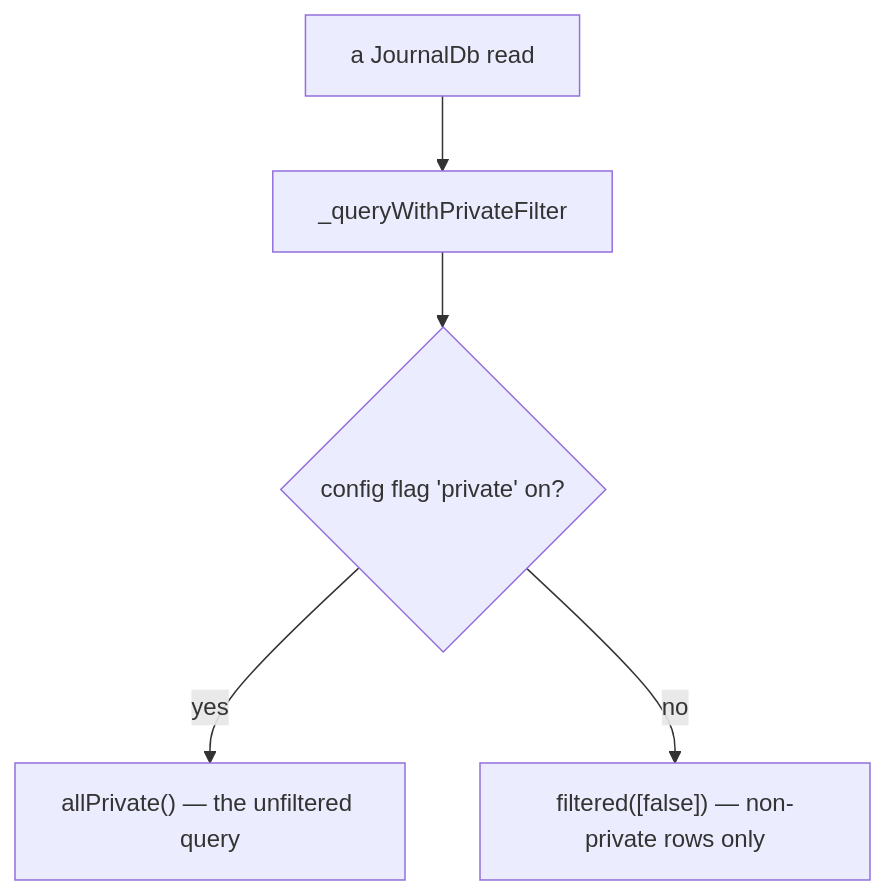
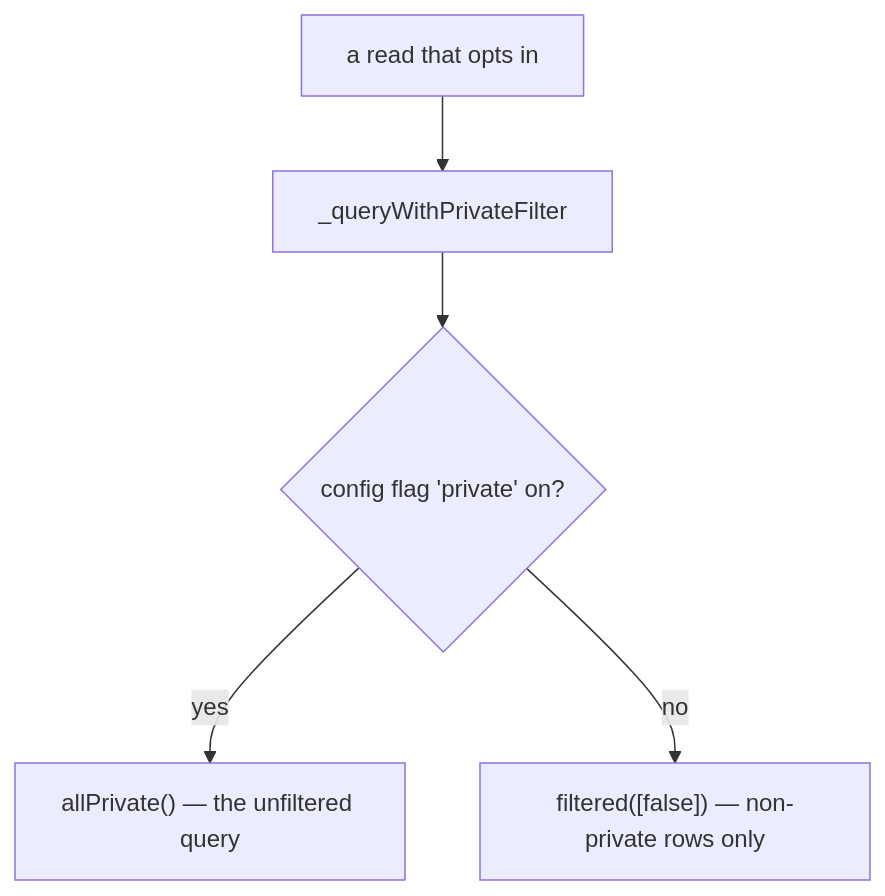
Before and after one commit to matthiasn/lotti: the third of 3 diagrams in knowledge/architecture/persistence.md, drawn with Mermaid. The commit also changed other lines of this file and 25 other files, not shown here.

````diff
--- a/knowledge/architecture/persistence.md
+++ b/knowledge/architecture/persistence.md
@@ -184,7 +184,7 @@
 ```mermaid
 flowchart TD
-  Q["a JournalDb read"] --> G["_queryWithPrivateFilter"]
+  Q["a read that opts in"] --> G["_queryWithPrivateFilter"]
   G --> F{"config flag 'private' on?"}
   F -->|yes| All["allPrivate() — the unfiltered query"]
   F -->|no| Filt["filtered([false]) — non-private rows only"]
 ```
````
